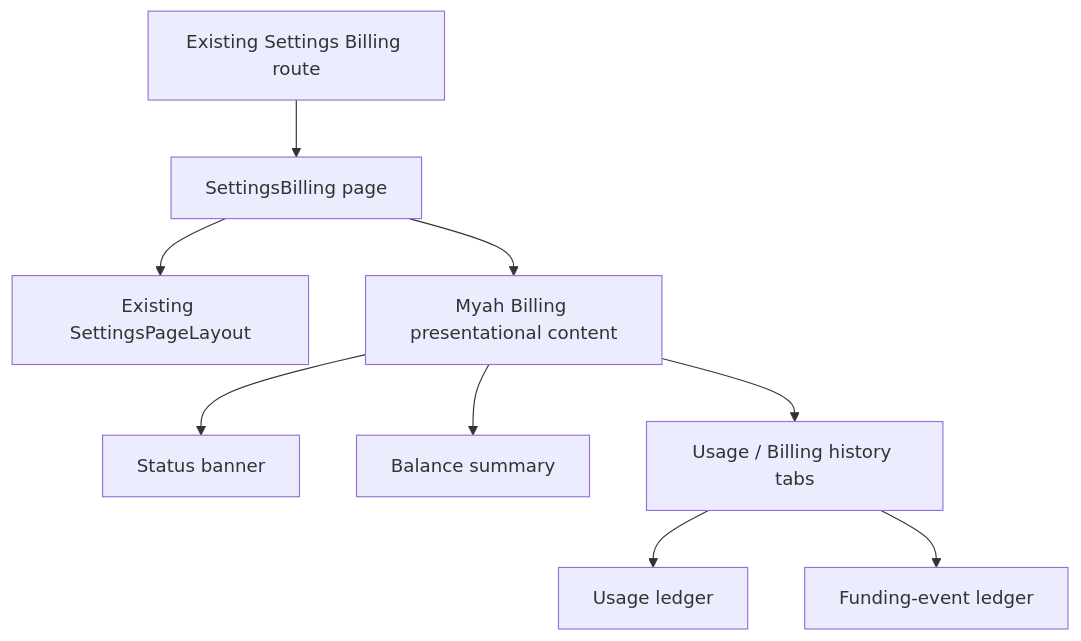
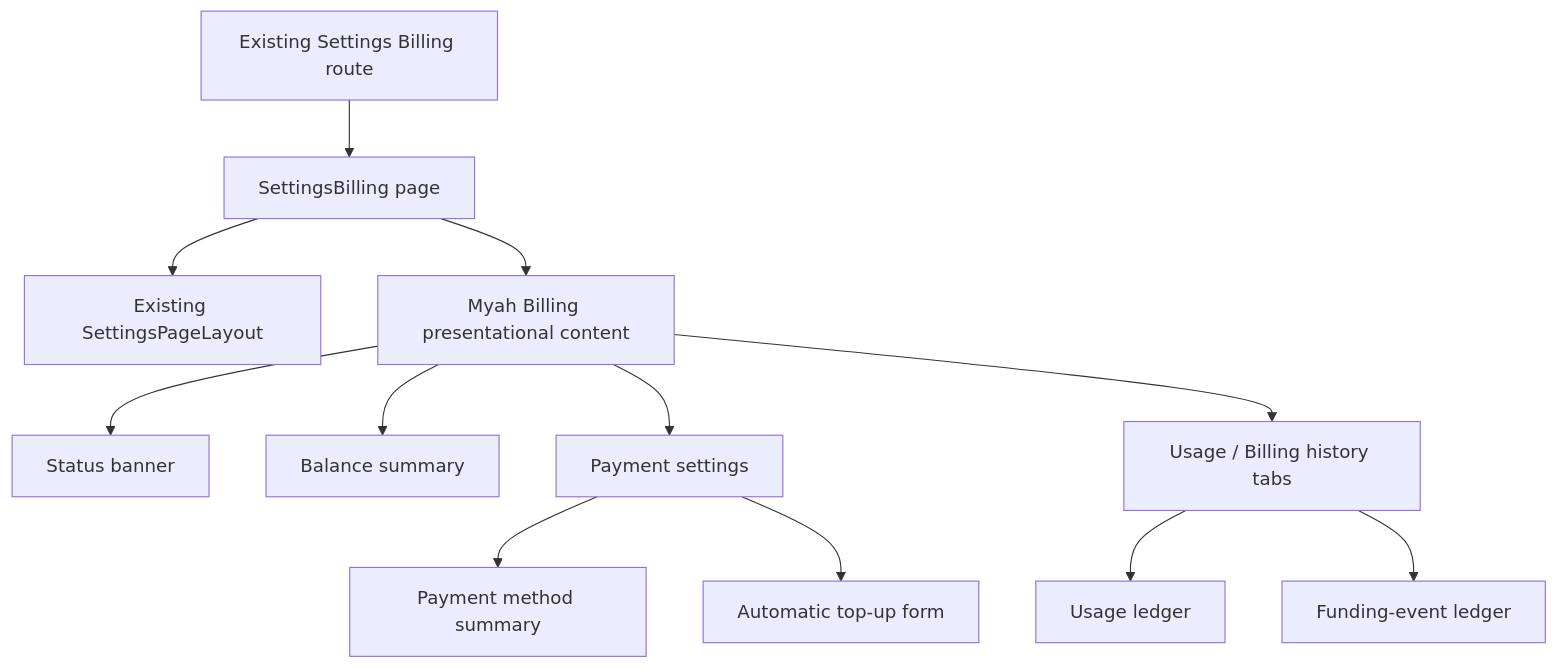
Before and after one commit to T3-Venture-Labs-Limited/myah-v4: the diagram in docs/superpowers/specs/2026-07-21-myah-150-workspace-billing-page-design.md, drawn with Mermaid. The commit also changed other lines of this file and 4 other files, not shown here.

Commit message:
feat(billing): add automatic top-up settings

````diff
--- a/docs/superpowers/specs/2026-07-21-myah-150-workspace-billing-page-design.md
+++ b/docs/superpowers/specs/2026-07-21-myah-150-workspace-billing-page-design.md
@@ -245,11 +288,14 @@
 ```mermaid
 flowchart TD
     R[Existing Settings Billing route] --> P[SettingsBilling page]
     P --> L[Existing SettingsPageLayout]
     P --> C[Myah Billing presentational content]
     C --> S[Status banner]
     C --> B[Balance summary]
+    C --> PS[Payment settings]
     C --> T[Usage / Billing history tabs]
+    PS --> PM[Payment method summary]
+    PS --> AT[Automatic top-up form]
     T --> U[Usage ledger]
     T --> H[Funding-event ledger]
 ```
````
